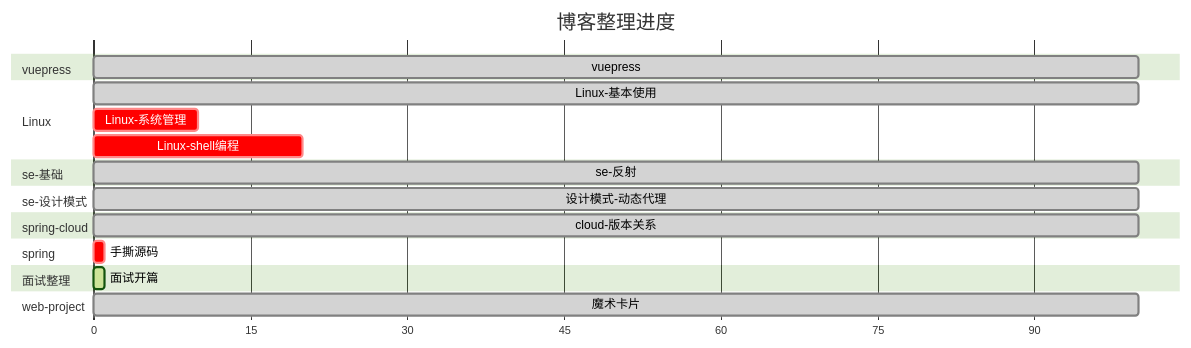
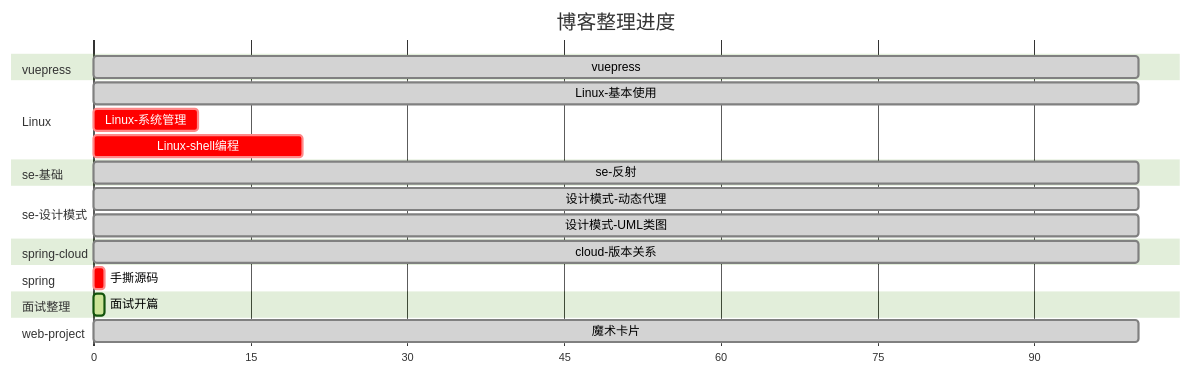
One commit to zs-mcu/docs changed the diagram in docs/README.md. Above: the diagram before and after it, drawn with Mermaid (forest theme). The commit also changed 12 other files, not shown here.

````diff
--- a/docs/README.md
+++ b/docs/README.md
@@ -31,24 +31,27 @@
 ```mermaid
 gantt
   title 博客整理进度
   dateFormat X
   axisFormat %s
   section vuepress
   vuepress        : done,0,100
   section Linux
   Linux-基本使用    : done,0,100
   Linux-系统管理    : crit,0,10
   Linux-shell编程   : crit,0,20
   section se-基础
   se-反射           :  done,0, 100
+
   section se-设计模式
   设计模式-动态代理   : done,0, 100
+  设计模式-UML类图   : done,0,100
+
   section spring-cloud
   cloud-版本关系    : done,0, 100
   section spring
   手撕源码          : crit,0, 1
   section 面试整理
   面试开篇          : active,0, 1
   section web-project
   魔术卡片          : done,0,100
 ```
````
